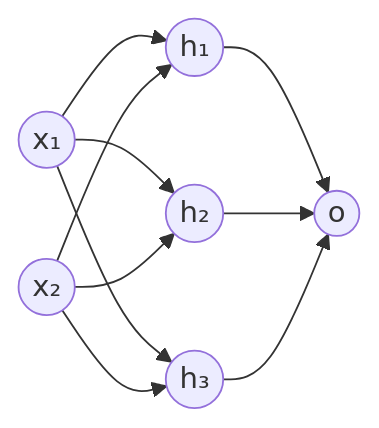
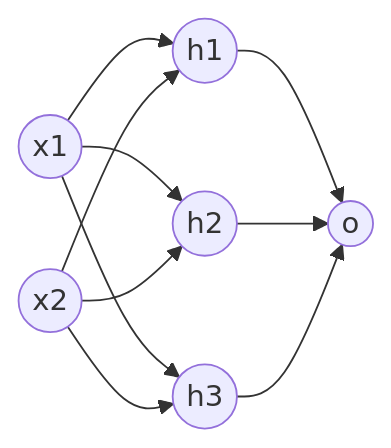
One commit to Choroning/25Fall_Software-Applications changed the second of 5 diagrams in Lecture-Notes/Lec01_Deep-Learning-Fundamentals/Concepts_Lecture.md. Above: the diagram before and after it, drawn with Mermaid. The commit also changed other lines of this file and 7 other files, not shown here.

First line of the commit message:
Fix diagram labels and definition boxes after review

````diff
--- a/Lecture-Notes/Lec01_Deep-Learning-Fundamentals/Concepts_Lecture.md
+++ b/Lecture-Notes/Lec01_Deep-Learning-Fundamentals/Concepts_Lecture.md
@@ -218,12 +218,12 @@
 ```mermaid
 graph LR
-    x1(("x₁")) --> h1(("h₁"))
-    x1 --> h2(("h₂"))
-    x1 --> h3(("h₃"))
-    x2(("x₂")) --> h1
+    x1(("x1")) --> h1(("h1"))
+    x1 --> h2(("h2"))
+    x1 --> h3(("h3"))
+    x2(("x2")) --> h1
     x2 --> h2
     x2 --> h3
     h1 --> o(("o"))
     h2 --> o
     h3 --> o
 ```
````
